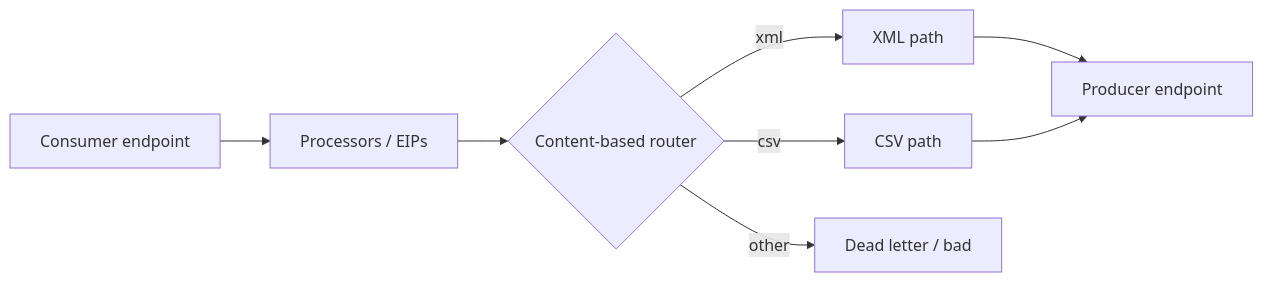
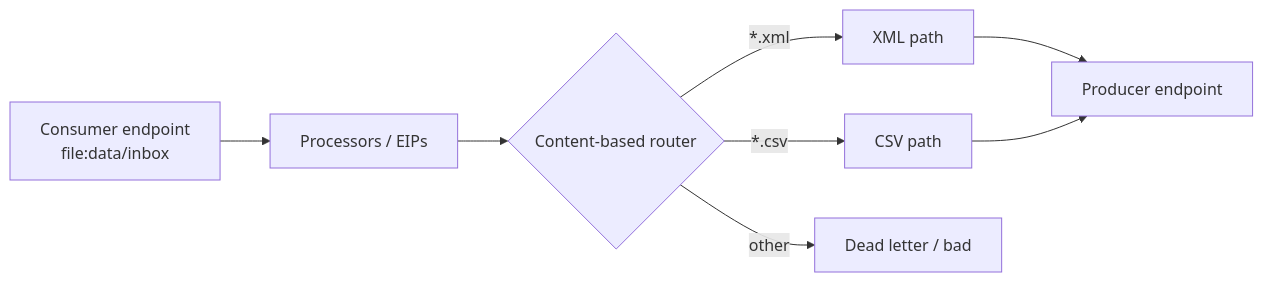
The second of 2 diagrams in README.md (blaze-b/spring-boot-camel-training), drawn with Mermaid before and after one commit. The commit also changed other lines of this file and 7 other files, not shown here.

````diff
--- a/README.md
+++ b/README.md
@@ -18,10 +139,10 @@
 ```mermaid
 flowchart LR
-  A[Consumer endpoint] --> B[Processors / EIPs]
+  A[Consumer endpoint<br/>file:data/inbox] --> B[Processors / EIPs]
   B --> C{Content-based router}
-  C -->|xml| D[XML path]
-  C -->|csv| E[CSV path]
+  C -->|*.xml| D[XML path]
+  C -->|*.csv| E[CSV path]
   C -->|other| F[Dead letter / bad]
   D --> G[Producer endpoint]
   E --> G
 ```
````
